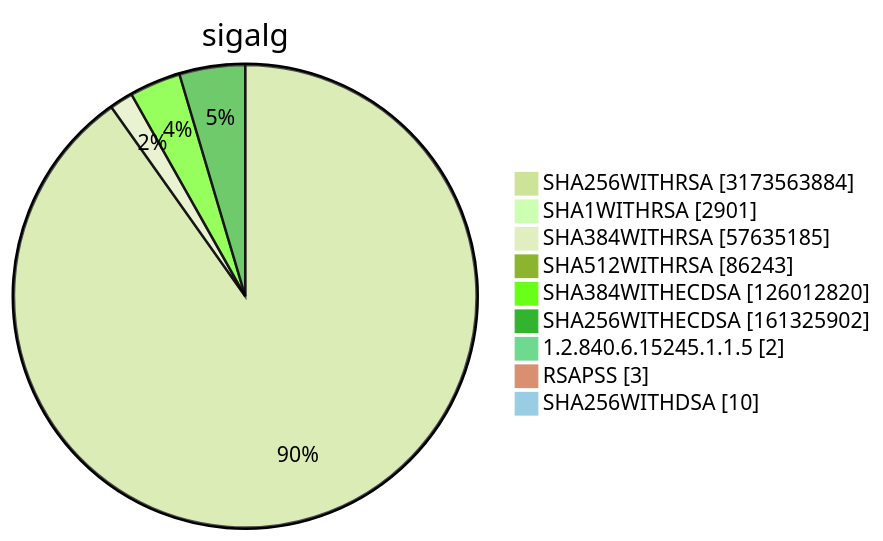
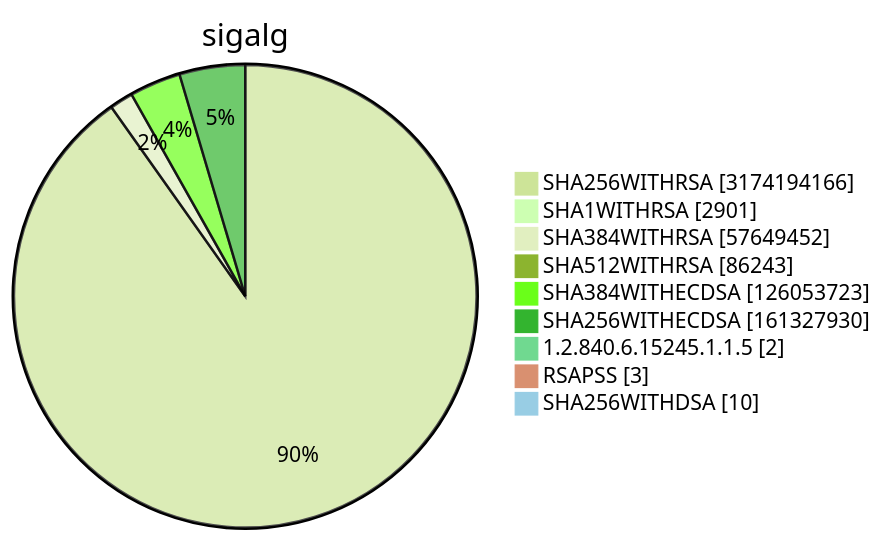
One commit to christiankrug/ctmonitor_visualization changed diagram 15 of 15 in TOTAL/README.md. Above: the diagram before and after it, drawn with Mermaid (forest theme). The commit also changed other lines of this file, not shown here.

````diff
--- a/TOTAL/README.md
+++ b/TOTAL/README.md
@@ -6215,13 +6215,13 @@
 ```mermaid
 pie showData
 title sigalg
-"SHA256WITHRSA" :3173563884
+"SHA256WITHRSA" :3174194166
 "SHA1WITHRSA" :2901
-"SHA384WITHRSA" :57635185
+"SHA384WITHRSA" :57649452
 "SHA512WITHRSA" :86243
-"SHA384WITHECDSA" :126012820
-"SHA256WITHECDSA" :161325902
+"SHA384WITHECDSA" :126053723
+"SHA256WITHECDSA" :161327930
 "1.2.840.6.15245.1.1.5" :2
 "RSAPSS" :3
 "SHA256WITHDSA" :10
 ```
````
